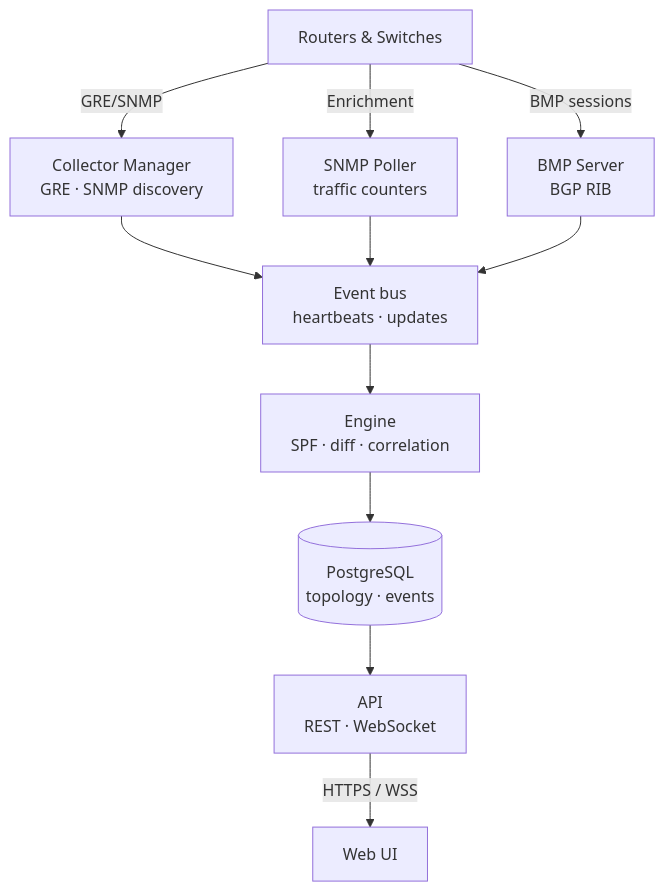
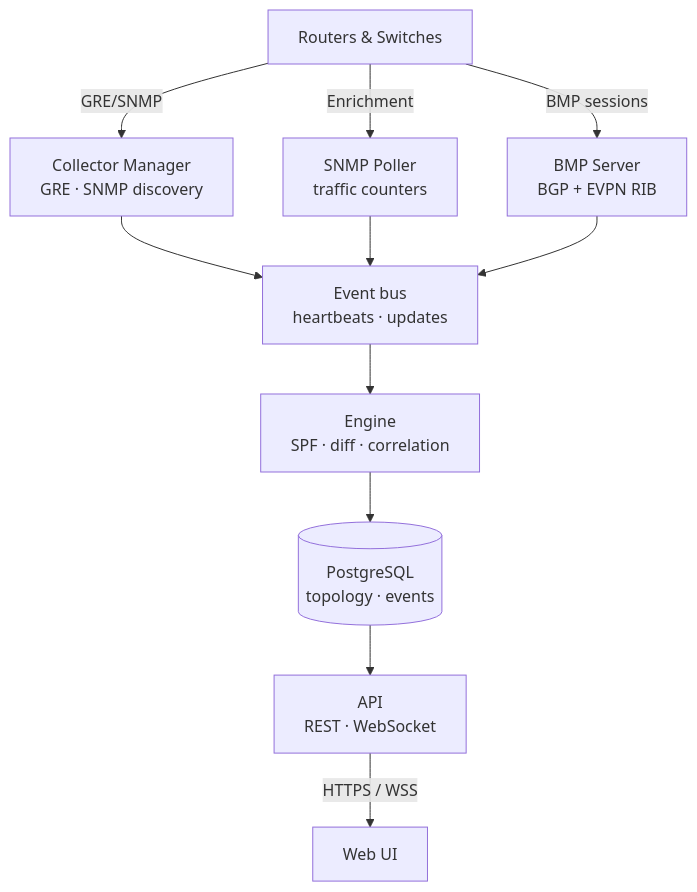
One commit to wijnberg-net/osprey changed the diagram in README.md. Above: the diagram before and after it, drawn with Mermaid. The commit also changed other lines of this file, not shown here.

Commit message:
docs: update README for EVPN and MPLS L2VPN visibility (0.9.9)

````diff
--- a/README.md
+++ b/README.md
@@ -168,24 +173,24 @@
 ```mermaid
 graph TD
     R[Routers & Switches]
 
     CM["Collector Manager\nGRE · SNMP discovery"]
     SP["SNMP Poller\ntraffic counters"]
-    BS["BMP Server\nBGP RIB"]
+    BS["BMP Server\nBGP + EVPN RIB"]
     N["Event bus\nheartbeats · updates"]
     E["Engine\nSPF · diff · correlation"]
     PG[("PostgreSQL\ntopology · events")]
     A["API\nREST · WebSocket"]
     W["Web UI"]
 
     R -- GRE/SNMP --> CM
     R -- Enrichment --> SP
     R -- BMP sessions --> BS
     CM --> N
     SP --> N
     BS --> N
     N --> E
     E --> PG
     PG --> A
     A -- HTTPS / WSS --> W
 ```
````
